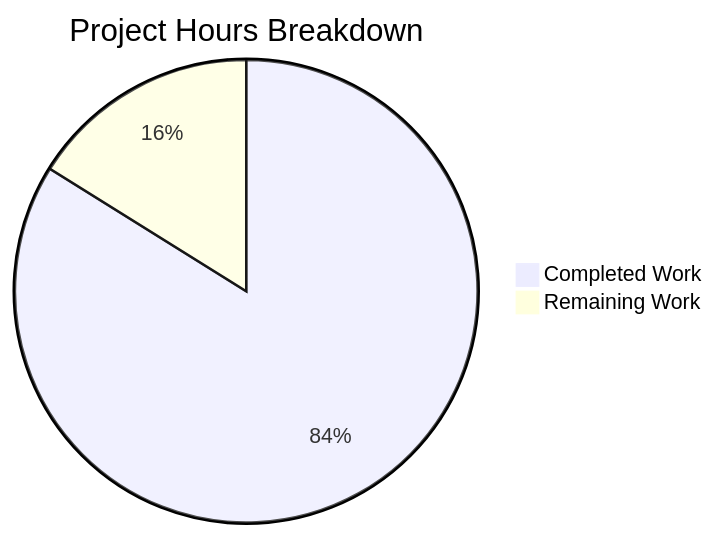
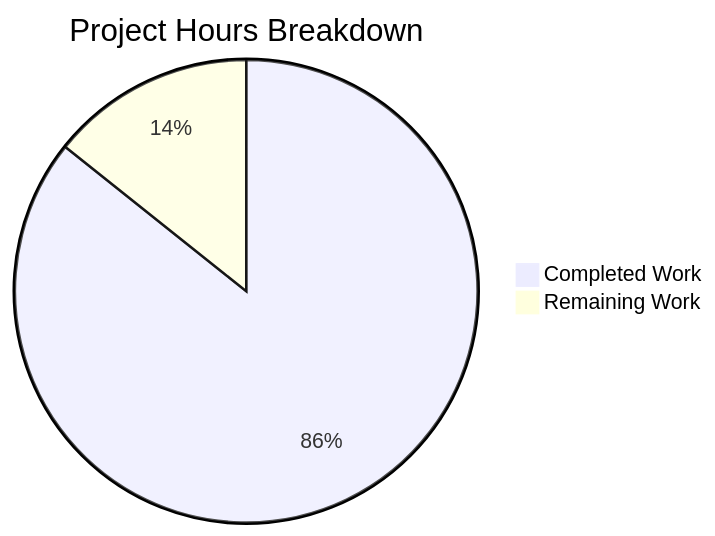
One commit to lakshya-blitzy/Dec_repo_with_valid_mul_files changed the diagram in blitzy/documentation/Project Guide.md. Above: the diagram before and after it, drawn with Mermaid. The commit also changed other lines of this file, not shown here.

Commit message:
Adding Blitzy Project Guide: Project Status and Human Tasks Remaining

````diff
--- a/blitzy/documentation/Project Guide.md
+++ b/blitzy/documentation/Project Guide.md
@@ -28,5 +58,5 @@
 ```mermaid
 pie title Project Hours Breakdown
-    "Completed Work" : 26
-    "Remaining Work" : 5
+    "Completed Work" : 36
+    "Remaining Work" : 6
 ```
````
